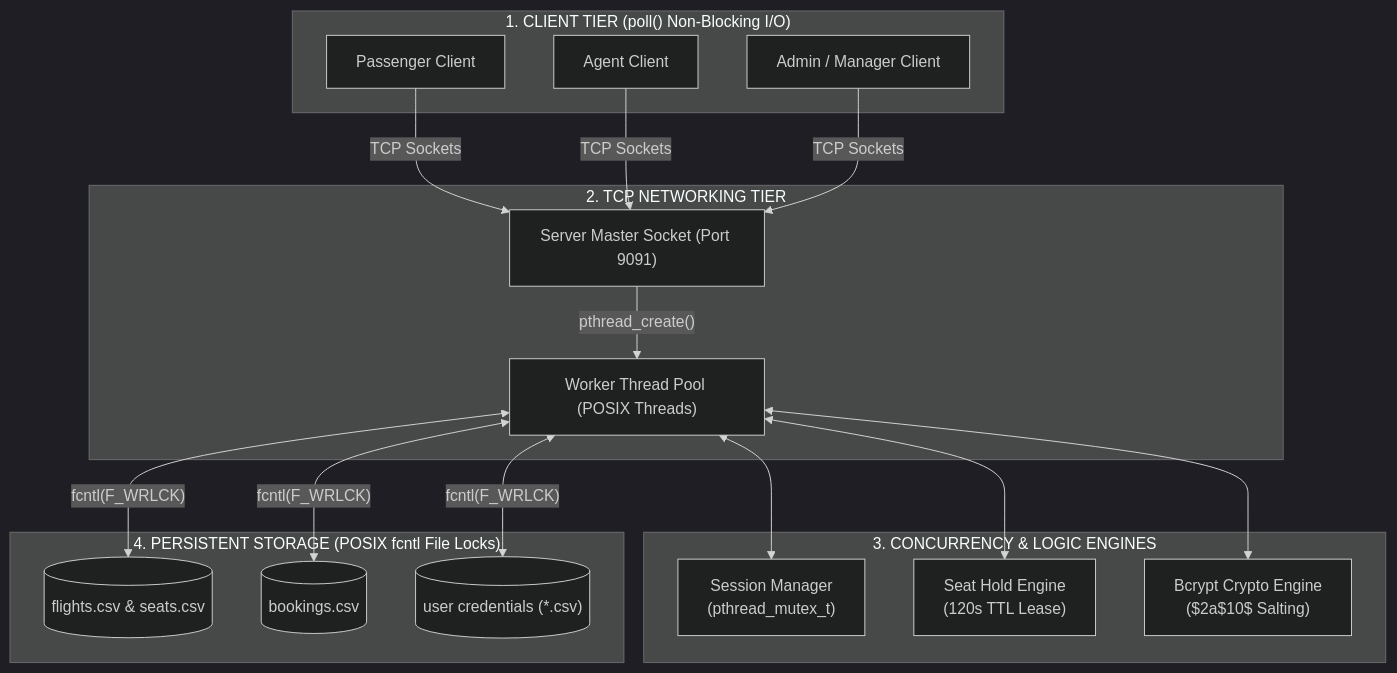
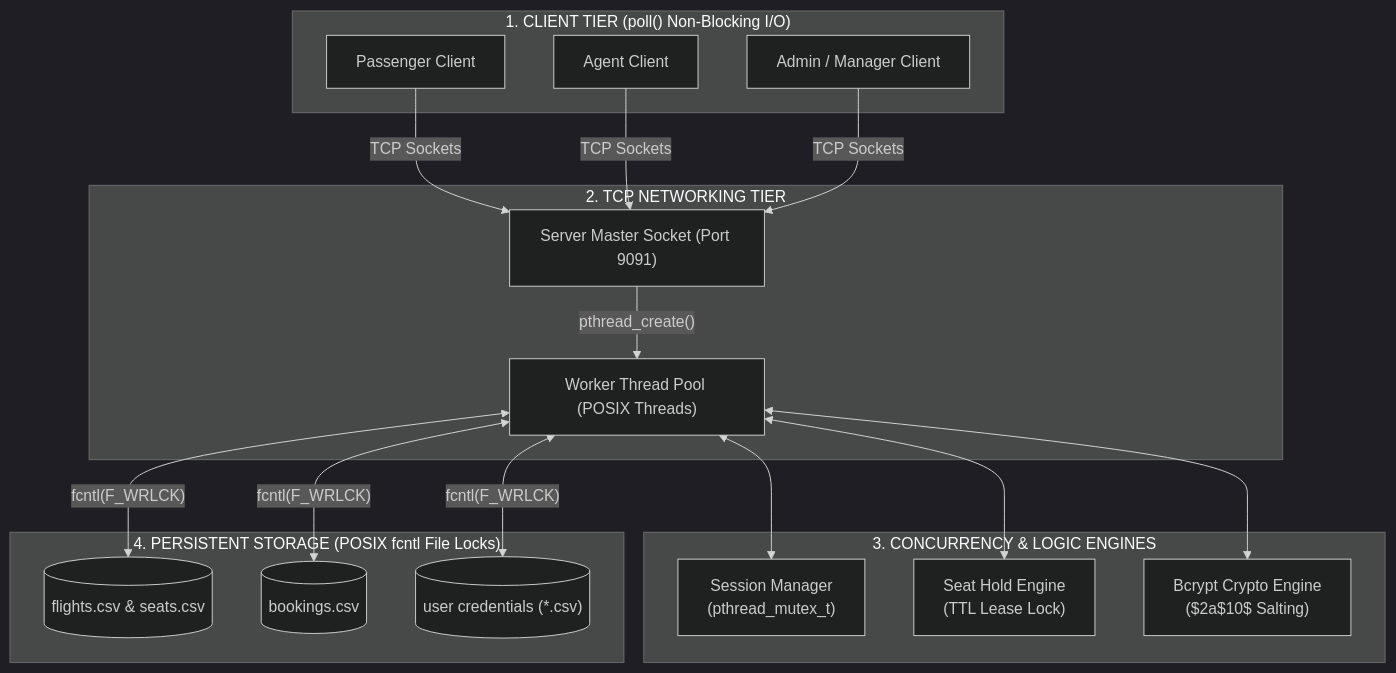
One commit to Abhi-3009/flight-booking-system changed the first of 2 diagrams in README.md. Above: the diagram before and after it, drawn with Mermaid (dark theme). The commit also changed other lines of this file, not shown here.

````diff
--- a/README.md
+++ b/README.md
@@ -30,32 +30,32 @@
 ```mermaid
 graph TD
     subgraph TIER1["1. CLIENT TIER (poll() Non-Blocking I/O)"]
         C1["Passenger Client"]
         C2["Agent Client"]
         C3["Admin / Manager Client"]
     end
 
     subgraph TIER2["2. TCP NETWORKING TIER"]
         SOCK["Server Master Socket (Port 9091)"]
         TP["Worker Thread Pool (POSIX Threads)"]
     end
 
     subgraph TIER3["3. CONCURRENCY & LOGIC ENGINES"]
         SM["Session Manager<br/>(pthread_mutex_t)"]
-        SL["Seat Hold Engine<br/>(120s TTL Lease)"]
+        SL["Seat Hold Engine<br/>(TTL Lease Lock)"]
         BC["Bcrypt Crypto Engine<br/>($2a$10$ Salting)"]
     end
 
     subgraph TIER4["4. PERSISTENT STORAGE (POSIX fcntl File Locks)"]
         D1[("flights.csv & seats.csv")]
         D2[("bookings.csv")]
         D3[("user credentials (*.csv)")]
     end
 
     C1 & C2 & C3 -->|"TCP Sockets"| SOCK
     SOCK -->|"pthread_create()"| TP
     TP <--> SM
     TP <--> SL
     TP <--> BC
     TP <-->|"fcntl(F_WRLCK)"| D1 & D2 & D3
 ```
````
